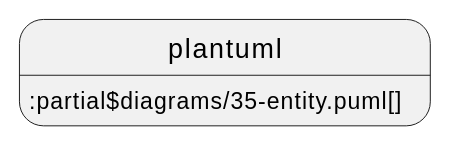
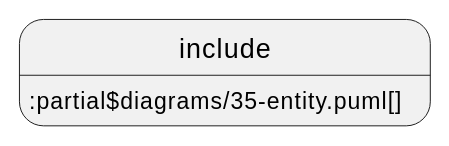
The eighth of 18 diagrams in documentation/IDTA-01001/modules/ROOT/pages/spec-metamodel/submodel-elements.adoc (acplt/aas-specs), drawn with PlantUML before and after one commit. The commit also changed other lines of this file and 14 other files, not shown here.

First line of the commit message:
Revert "Use plantuml instead of include and test ./"

```diff
--- a/documentation/IDTA-01001/modules/ROOT/pages/spec-metamodel/submodel-elements.adoc
+++ b/documentation/IDTA-01001/modules/ROOT/pages/spec-metamodel/submodel-elements.adoc
@@ -386,4 +386,4 @@
 [plantuml, 35-entity, svg]
 ....
-plantuml::partial$diagrams/35-entity.puml[]
+include::partial$diagrams/35-entity.puml[]
 ....
```
